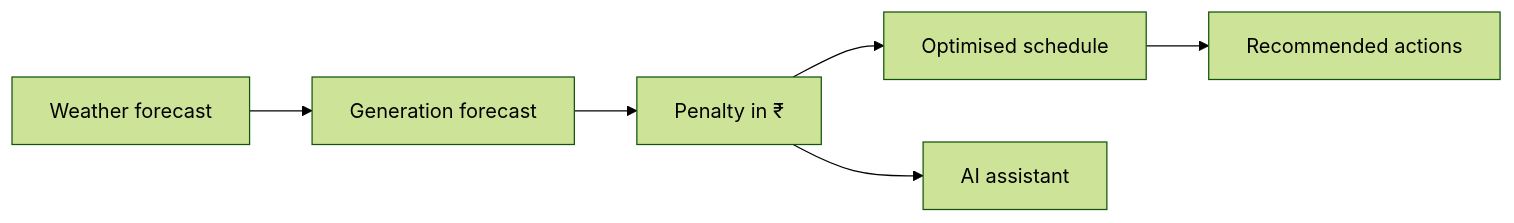
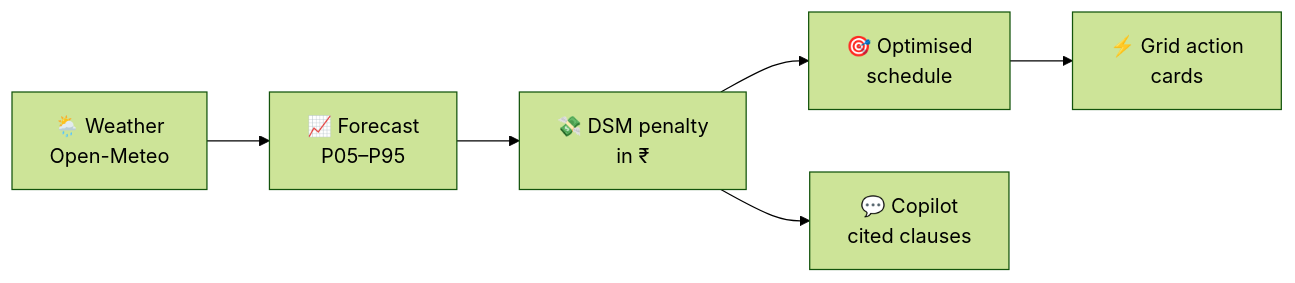
Before and after one commit to Meetvirugama/AI-Powered-Renewable-Generation-Forecasting-Platform: the diagram in README.md, drawn with Mermaid (forest theme). The commit also changed other lines of this file, not shown here.

````diff
--- a/README.md
+++ b/README.md
@@ -30,8 +66,8 @@
 ```mermaid
 flowchart LR
-    A["Weather forecast"] --> B["Generation forecast"]
-    B --> C["Penalty in ₹"]
-    C --> D["Optimised schedule"]
-    D --> E["Recommended actions"]
-    C --> F["AI assistant"]
+    W["🌦️ Weather<br/>Open-Meteo"] --> F["📈 Forecast<br/>P05–P95"]
+    F --> P["💸 DSM penalty<br/>in ₹"]
+    P --> O["🎯 Optimised<br/>schedule"]
+    O --> A["⚡ Grid action<br/>cards"]
+    P --> C["💬 Copilot<br/>cited clauses"]
 ```
````
